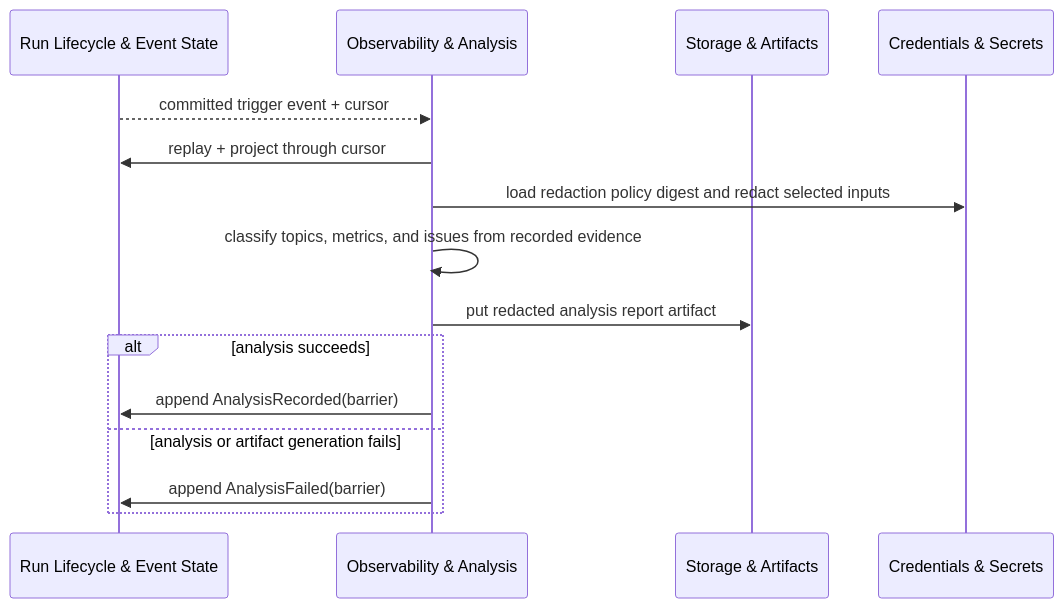
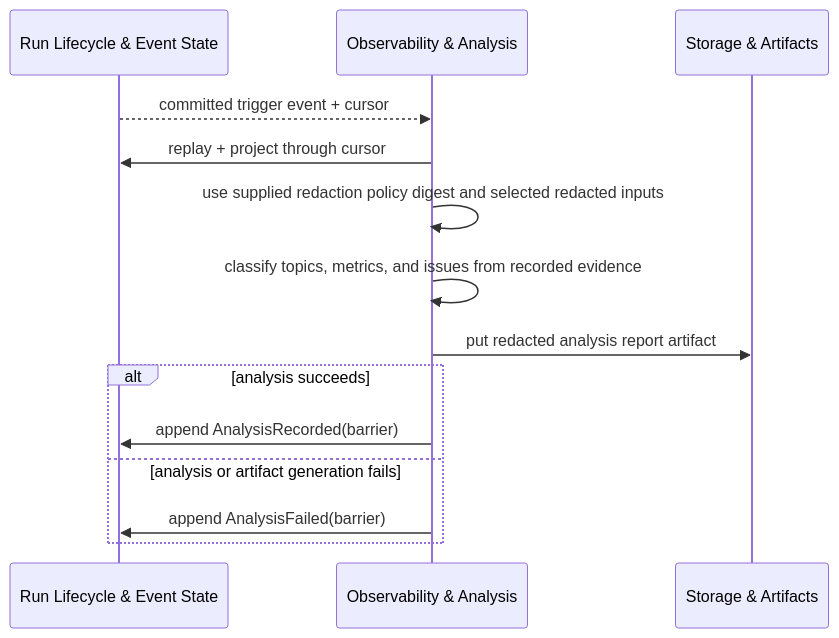
Before and after one commit to aryeko/agentic-workflow-kit: the second of 2 diagrams in docs/design/domains/core-07-observability-and-analysis/design.md, drawn with Mermaid. The commit also changed other lines of this file and 7 other files, not shown here.

````diff
--- a/docs/design/domains/core-07-observability-and-analysis/design.md
+++ b/docs/design/domains/core-07-observability-and-analysis/design.md
@@ -162,18 +160,17 @@
 ```mermaid
 sequenceDiagram
   participant RL as Run Lifecycle & Event State
   participant OBS as Observability & Analysis
   participant STA as Storage & Artifacts
-  participant CRED as Credentials & Secrets
 
   RL-->>OBS: committed trigger event + cursor
   OBS->>RL: replay + project through cursor
-  OBS->>CRED: load redaction policy digest and redact selected inputs
+  OBS->>OBS: use supplied redaction policy digest and selected redacted inputs
   OBS->>OBS: classify topics, metrics, and issues from recorded evidence
   OBS->>STA: put redacted analysis report artifact
   alt analysis succeeds
     OBS->>RL: append AnalysisRecorded(barrier)
   else analysis or artifact generation fails
     OBS->>RL: append AnalysisFailed(barrier)
   end
 ```
````
